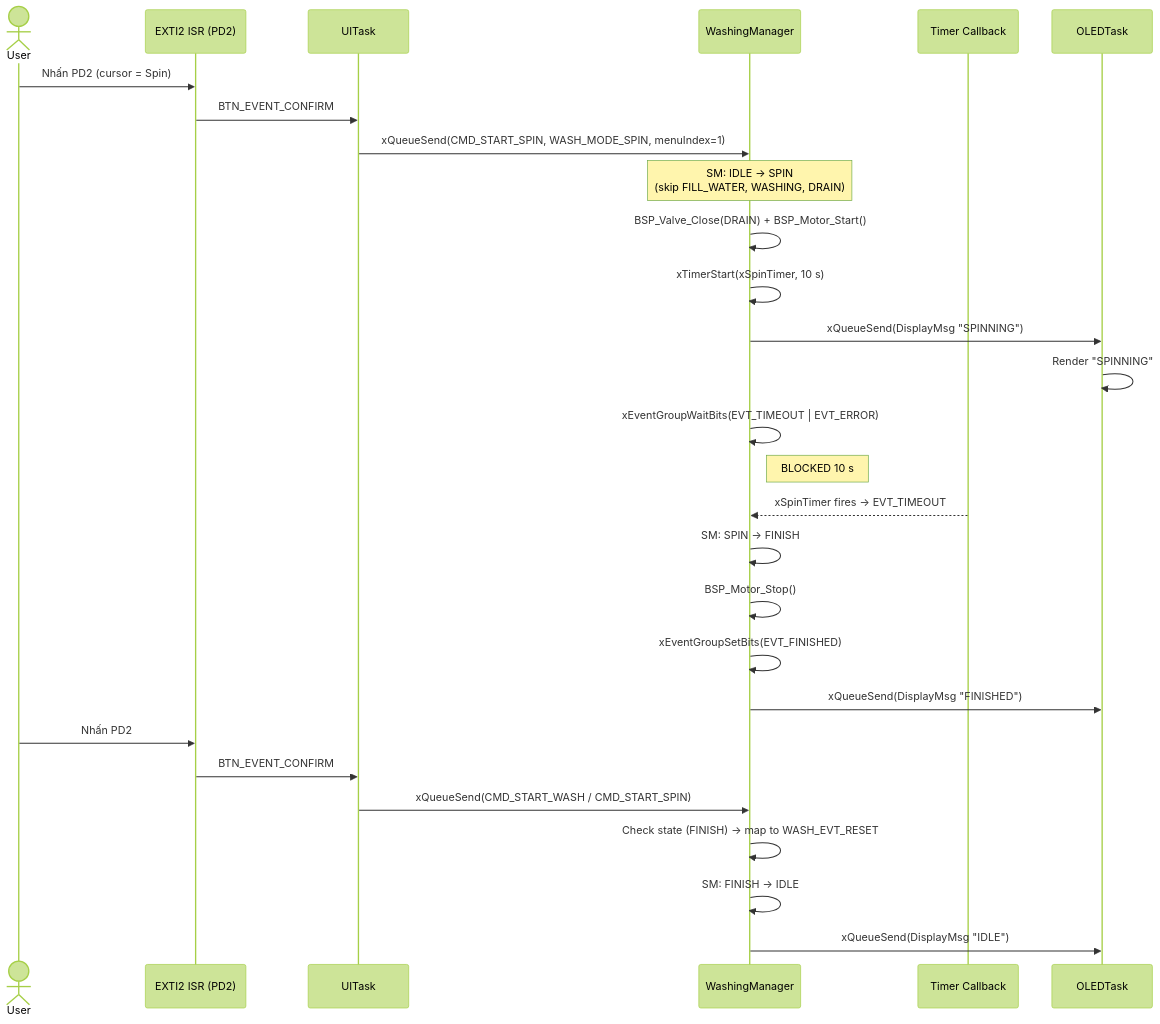
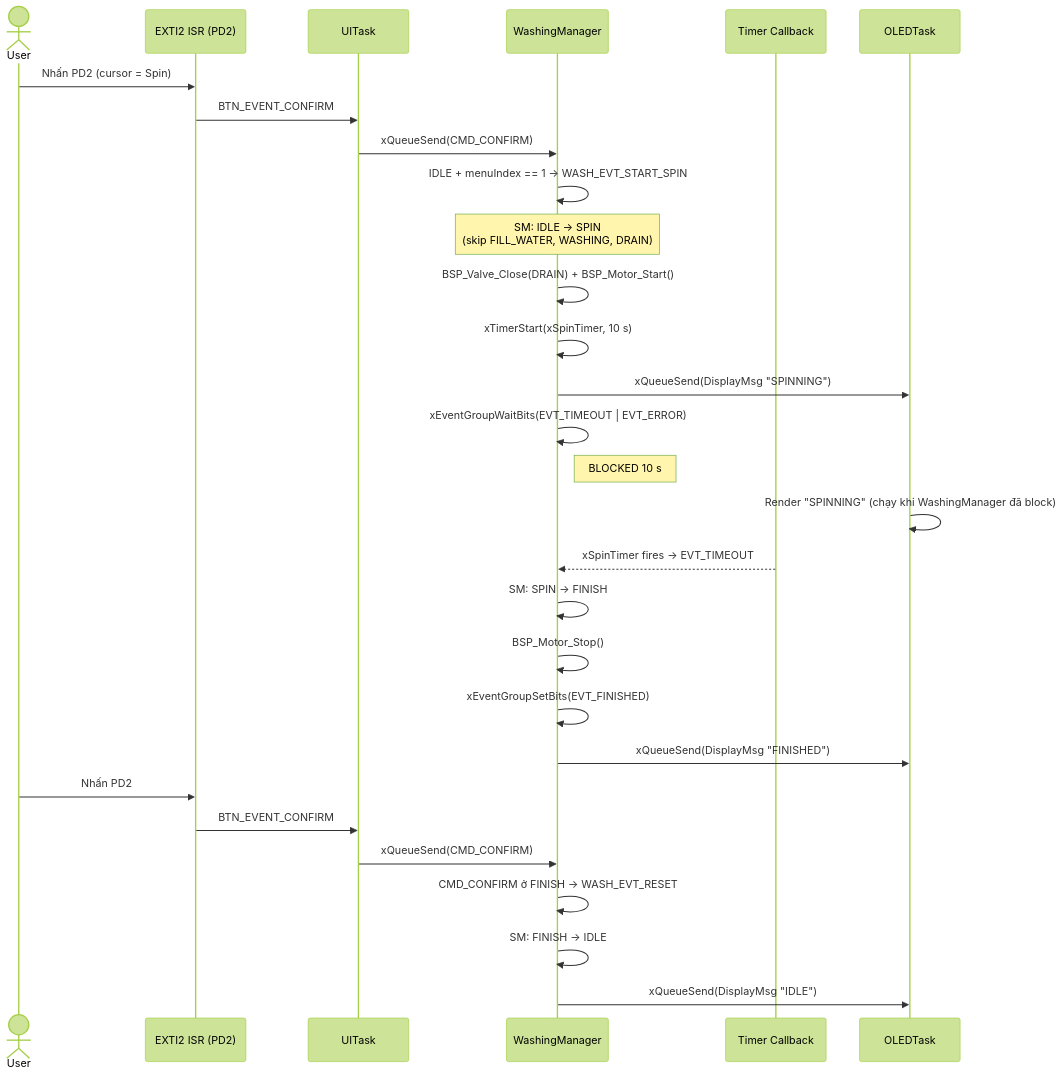
Before and after one commit to TTonyVi/Freertos_ST: the sixth of 11 diagrams in docs/SYSTEM_DIAGRAMS.md, drawn with Mermaid (forest theme). The commit also changed other lines of this file and 25 other files, not shown here.

````diff
--- a/docs/SYSTEM_DIAGRAMS.md
+++ b/docs/SYSTEM_DIAGRAMS.md
@@ -241,36 +318,37 @@
 ```mermaid
 sequenceDiagram
     actor User
     participant ISR1 as EXTI2 ISR (PD2)
     participant UI   as UITask
     participant WASH as WashingManager
     participant TMR  as Timer Callback
     participant OLED as OLEDTask
 
     User->>ISR1: Nhấn PD2 (cursor = Spin)
     ISR1->>UI: BTN_EVENT_CONFIRM
-    UI->>WASH: xQueueSend(CMD_START_SPIN, WASH_MODE_SPIN, menuIndex=1)
+    UI->>WASH: xQueueSend(CMD_CONFIRM)
+    WASH->>WASH: IDLE + menuIndex == 1 → WASH_EVT_START_SPIN
 
     Note over WASH: SM: IDLE → SPIN<br/>(skip FILL_WATER, WASHING, DRAIN)
 
     WASH->>WASH: BSP_Valve_Close(DRAIN) + BSP_Motor_Start()
     WASH->>WASH: xTimerStart(xSpinTimer, 10 s)
     WASH->>OLED: xQueueSend(DisplayMsg "SPINNING")
-    OLED->>OLED: Render "SPINNING"
 
     WASH->>WASH: xEventGroupWaitBits(EVT_TIMEOUT | EVT_ERROR)
     Note right of WASH: BLOCKED 10 s
+    OLED->>OLED: Render "SPINNING" (chạy khi WashingManager đã block)
 
     TMR-->>WASH: xSpinTimer fires → EVT_TIMEOUT
     WASH->>WASH: SM: SPIN → FINISH
     WASH->>WASH: BSP_Motor_Stop()
     WASH->>WASH: xEventGroupSetBits(EVT_FINISHED)
     WASH->>OLED: xQueueSend(DisplayMsg "FINISHED")
 
     User->>ISR1: Nhấn PD2
     ISR1->>UI: BTN_EVENT_CONFIRM
-    UI->>WASH: xQueueSend(CMD_START_WASH / CMD_START_SPIN)
-    WASH->>WASH: Check state (FINISH) → map to WASH_EVT_RESET
+    UI->>WASH: xQueueSend(CMD_CONFIRM)
+    WASH->>WASH: CMD_CONFIRM ở FINISH → WASH_EVT_RESET
     WASH->>WASH: SM: FINISH → IDLE
     WASH->>OLED: xQueueSend(DisplayMsg "IDLE")
 ```
````
